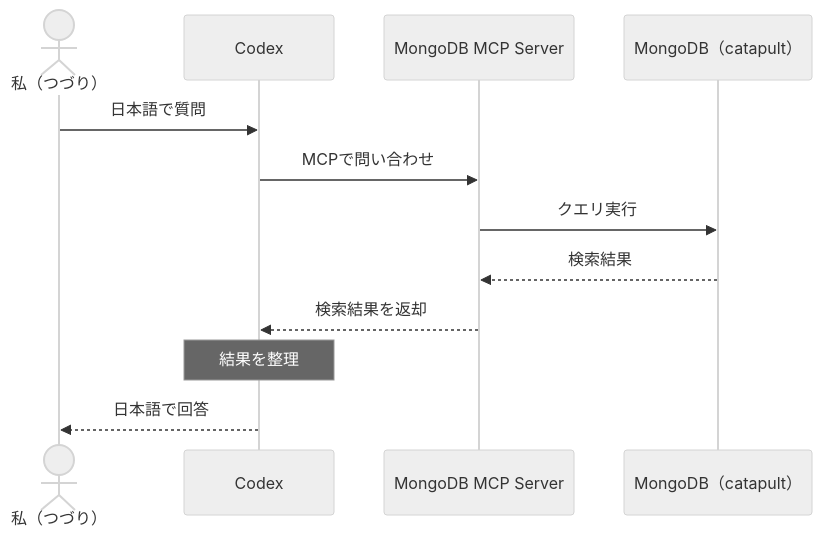
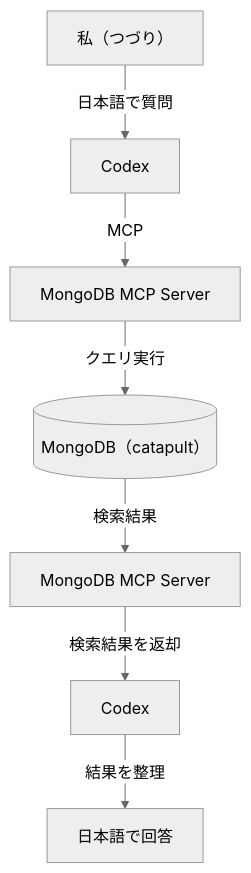
Before and after one commit to ccHarvestasya/qiita-tsuduri: the diagram in public/2026-advent-shinonome-01-symbol-mongodb-codex-mcp.md, drawn with Mermaid (neutral theme).

Commit message:
docs: use vertical Mermaid flowchart for readability

````diff
--- a/public/2026-advent-shinonome-01-symbol-mongodb-codex-mcp.md
+++ b/public/2026-advent-shinonome-01-symbol-mongodb-codex-mcp.md
@@ -71,15 +71,9 @@
 ```mermaid
-sequenceDiagram
-    actor User as 私（つづり）
-    participant Codex
-    participant MCP as MongoDB MCP Server
-    participant DB as MongoDB（catapult）
-
-    User->>Codex: 日本語で質問
-    Codex->>MCP: MCPで問い合わせ
-    MCP->>DB: クエリ実行
-    DB-->>MCP: 検索結果
-    MCP-->>Codex: 検索結果を返却
-    Note over Codex: 結果を整理
-    Codex-->>User: 日本語で回答
+flowchart TD
+    A["私（つづり）"] -->|日本語で質問| B[Codex]
+    B -->|MCP| C[MongoDB MCP Server]
+    C -->|クエリ実行| D[("MongoDB（catapult）")]
+    D -->|検索結果| E[MongoDB MCP Server]
+    E -->|検索結果を返却| F[Codex]
+    F -->|結果を整理| G[日本語で回答]
 ```
````
